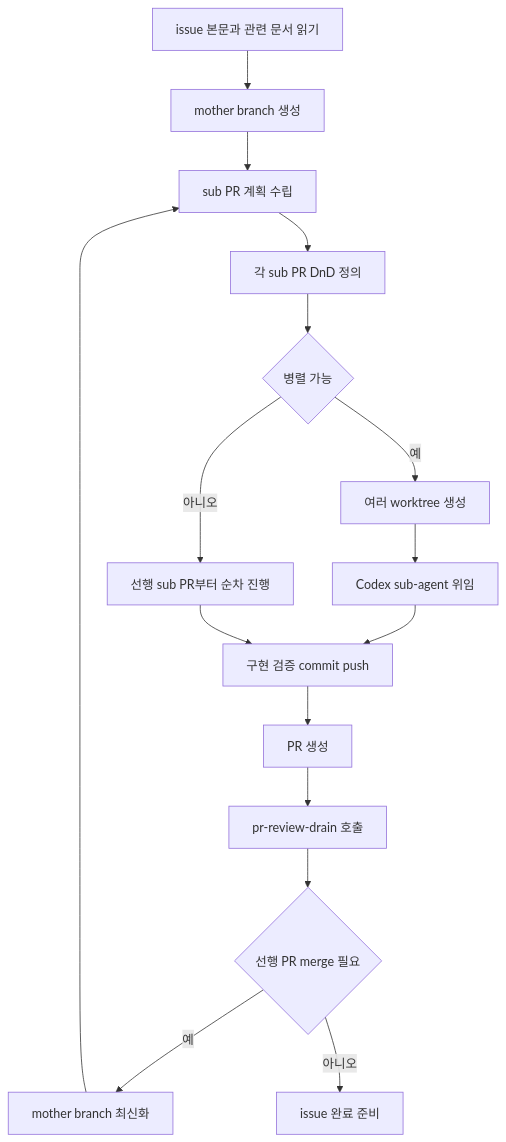
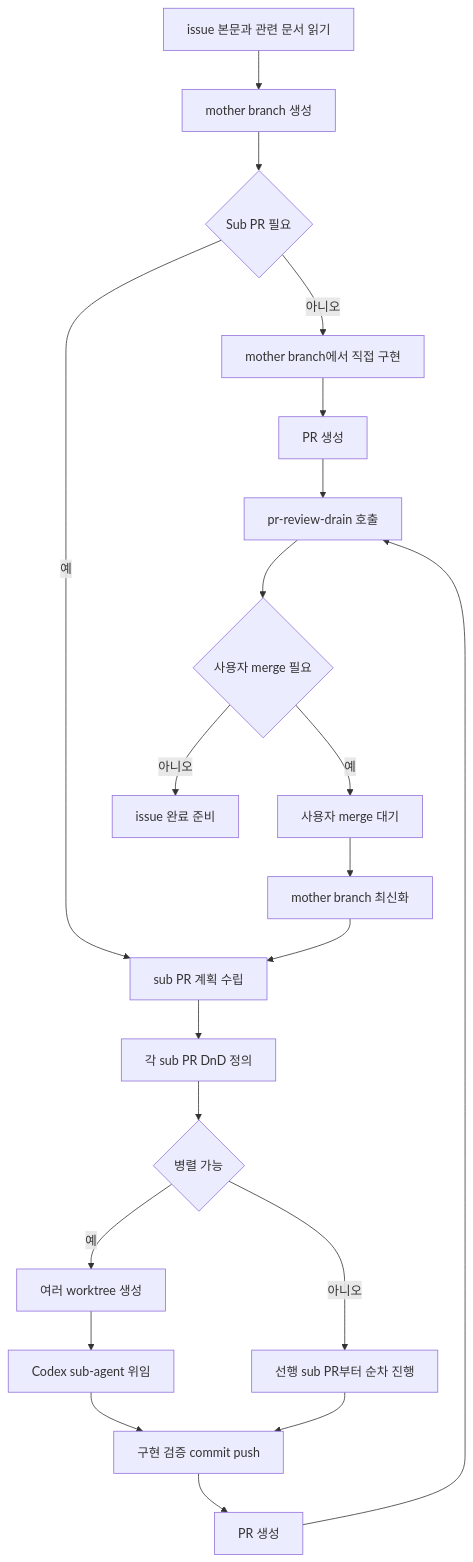
Before and after one commit to limcpf/octosmith: the seventh of 11 diagrams in README.md, drawn with Mermaid. The commit also changed other lines of this file and 6 other files, not shown here.

Commit message:
chore: refine codex review skills

````diff
--- a/README.md
+++ b/README.md
@@ -193,18 +193,23 @@
 ```mermaid
 flowchart TD
   A[issue 본문과 관련 문서 읽기] --> B[mother branch 생성]
-  B --> C[sub PR 계획 수립]
-  C --> D[각 sub PR DnD 정의]
-  D --> E{병렬 가능}
-  E -->|예| F[여러 worktree 생성]
-  F --> G[Codex sub-agent 위임]
-  E -->|아니오| H[선행 sub PR부터 순차 진행]
-  G --> I[구현 검증 commit push]
-  H --> I
-  I --> J[PR 생성]
-  J --> K[pr-review-drain 호출]
-  K --> L{선행 PR merge 필요}
-  L -->|예| M[mother branch 최신화]
-  M --> C
-  L -->|아니오| N[issue 완료 준비]
+  B --> C{Sub PR 필요}
+  C -->|아니오| D[mother branch에서 직접 구현]
+  D --> E[PR 생성]
+  C -->|예| F[sub PR 계획 수립]
+  F --> G[각 sub PR DnD 정의]
+  G --> H{병렬 가능}
+  H -->|예| I[여러 worktree 생성]
+  I --> J[Codex sub-agent 위임]
+  H -->|아니오| K[선행 sub PR부터 순차 진행]
+  J --> L[구현 검증 commit push]
+  K --> L
+  L --> M[PR 생성]
+  E --> N[pr-review-drain 호출]
+  M --> N
+  N --> O{사용자 merge 필요}
+  O -->|예| P[사용자 merge 대기]
+  P --> Q[mother branch 최신화]
+  Q --> F
+  O -->|아니오| R[issue 완료 준비]
 ```
````
